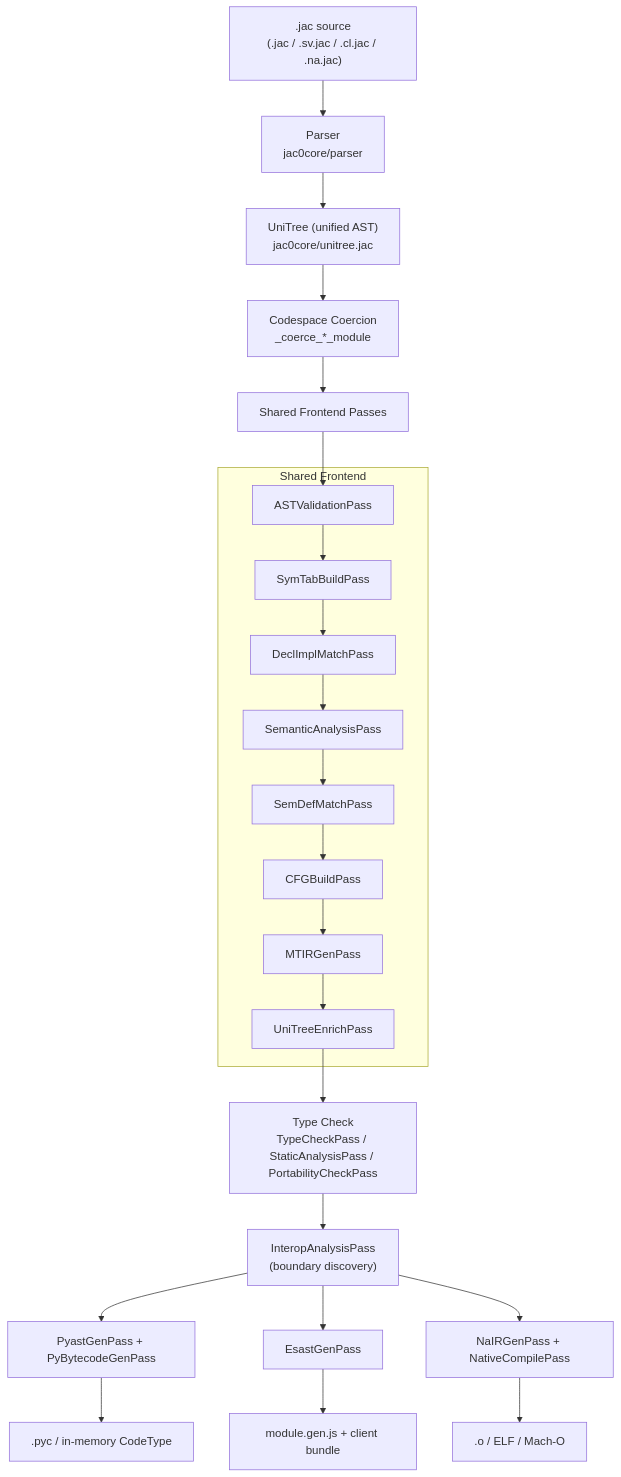
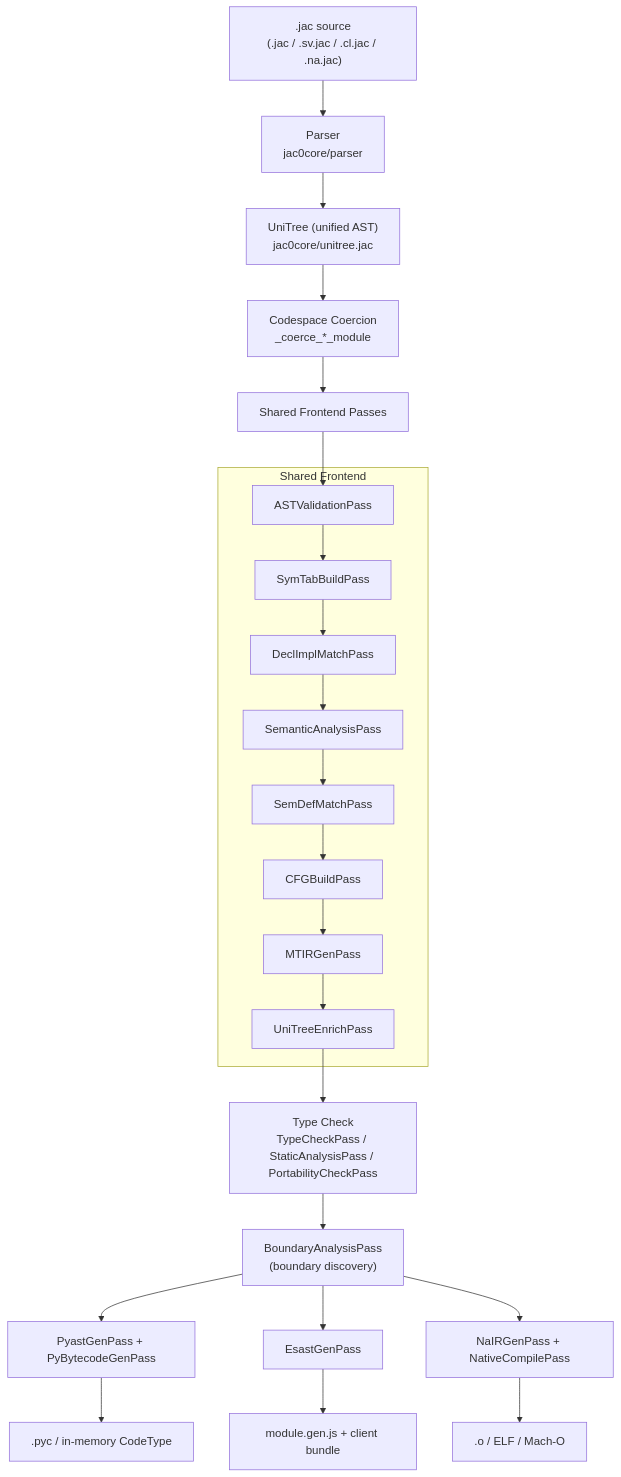
The second of 3 diagrams in docs/docs/internals/compiler_architecture.md (marsninja/jaseci), drawn with Mermaid before and after one commit. The commit also changed other lines of this file and 32 other files, not shown here.

````diff
--- a/docs/docs/internals/compiler_architecture.md
+++ b/docs/docs/internals/compiler_architecture.md
@@ -95,29 +108,29 @@
 ```mermaid
 graph TD
     SRC[".jac source<br/>(.jac / .sv.jac / .cl.jac / .na.jac)"] --> PARSE[Parser<br/>jac0core/parser]
     PARSE --> UNI["UniTree (unified AST)<br/>jac0core/unitree.jac"]
     UNI --> COERCE["Codespace Coercion<br/>_coerce_*_module"]
     COERCE --> FRONTEND[Shared Frontend Passes]
 
     subgraph FRONTEND_PASSES["Shared Frontend"]
         FE1[ASTValidationPass]
         FE2[SymTabBuildPass]
         FE3[DeclImplMatchPass]
         FE4[SemanticAnalysisPass]
         FE5[SemDefMatchPass]
         FE6[CFGBuildPass]
         FE7[MTIRGenPass]
         FE8[UniTreeEnrichPass]
     end
 
     FRONTEND --> FE1 --> FE2 --> FE3 --> FE4 --> FE5 --> FE6 --> FE7 --> FE8
     FE8 --> TYPECK["Type Check<br/>TypeCheckPass / StaticAnalysisPass / PortabilityCheckPass"]
-    TYPECK --> INTEROP["InteropAnalysisPass<br/>(boundary discovery)"]
+    TYPECK --> INTEROP["BoundaryAnalysisPass<br/>(boundary discovery)"]
     INTEROP --> SV[PyastGenPass + PyBytecodeGenPass]
     INTEROP --> CL[EsastGenPass]
     INTEROP --> NA[NaIRGenPass + NativeCompilePass]
 
     SV --> SVOUT[".pyc / in-memory CodeType"]
     CL --> CLOUT["module.gen.js + client bundle"]
     NA --> NAOUT[".o / ELF / Mach-O"]
 ```
````
